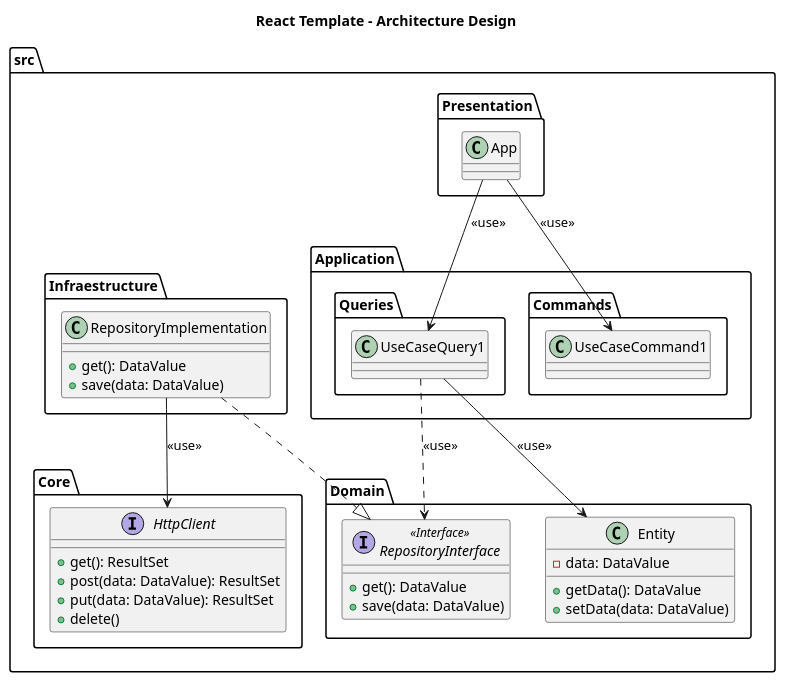
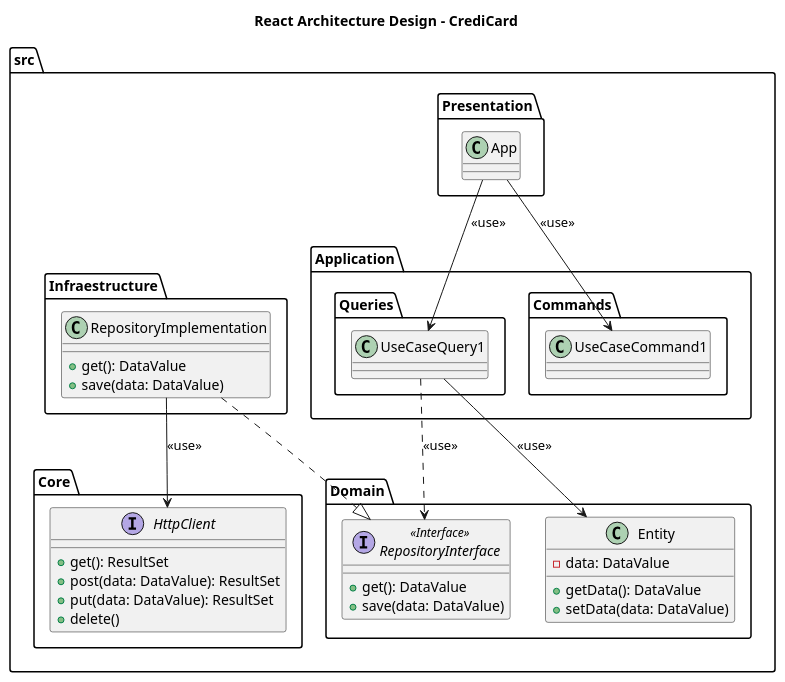
One commit to enu-44/modular-credit-card-monolith changed the diagram in Bootstrapper/CrediCardApp/docs/architecture-diagram.puml. Above: the diagram before and after it, drawn with PlantUML. The commit also changed 4 other files, not shown here.

```diff
--- a/Bootstrapper/CrediCardApp/docs/architecture-diagram.puml
+++ b/Bootstrapper/CrediCardApp/docs/architecture-diagram.puml
@@ -1,48 +1,48 @@
 @startuml
-title React Template - Architecture Design
+title React Architecture Design - CrediCard
 package src {
     folder "Presentation" {
         class  App
     }
     folder Application{
        folder "Queries" {
          class  UseCaseQuery1
        }
        folder "Commands" {
          class  UseCaseCommand1
        }
        App --> UseCaseQuery1 : <<use>>
        App --> UseCaseCommand1 : <<use>>
     }
     folder Domain {
         class Entity {
            -data: DataValue
            +getData(): DataValue
            +setData(data: DataValue)
         }
         interface "RepositoryInterface" <<Interface>> {
           +get(): DataValue
           +save(data: DataValue)
         }
  
        UseCaseQuery1 --> Entity : <<use>>
        UseCaseQuery1 ..> RepositoryInterface : <<use>>
     }
     folder Infraestructure{
        class RepositoryImplementation {
           +get(): DataValue
           +save(data: DataValue)
        }
        RepositoryImplementation ..|> RepositoryInterface
     }
     folder Core{
        interface HttpClient {
          +get(): ResultSet
          +post(data: DataValue): ResultSet
          +put(data: DataValue): ResultSet
          +delete()
       }
       RepositoryImplementation --> HttpClient : <<use>>
     }
 }
 @enduml
```
